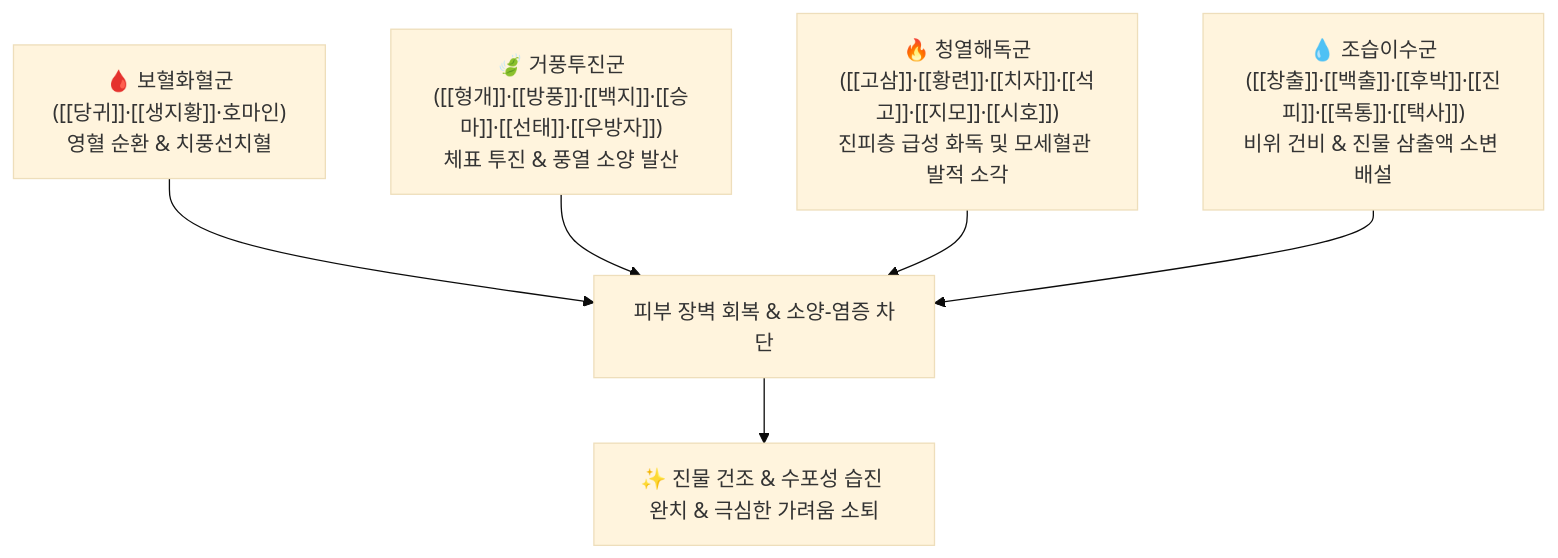
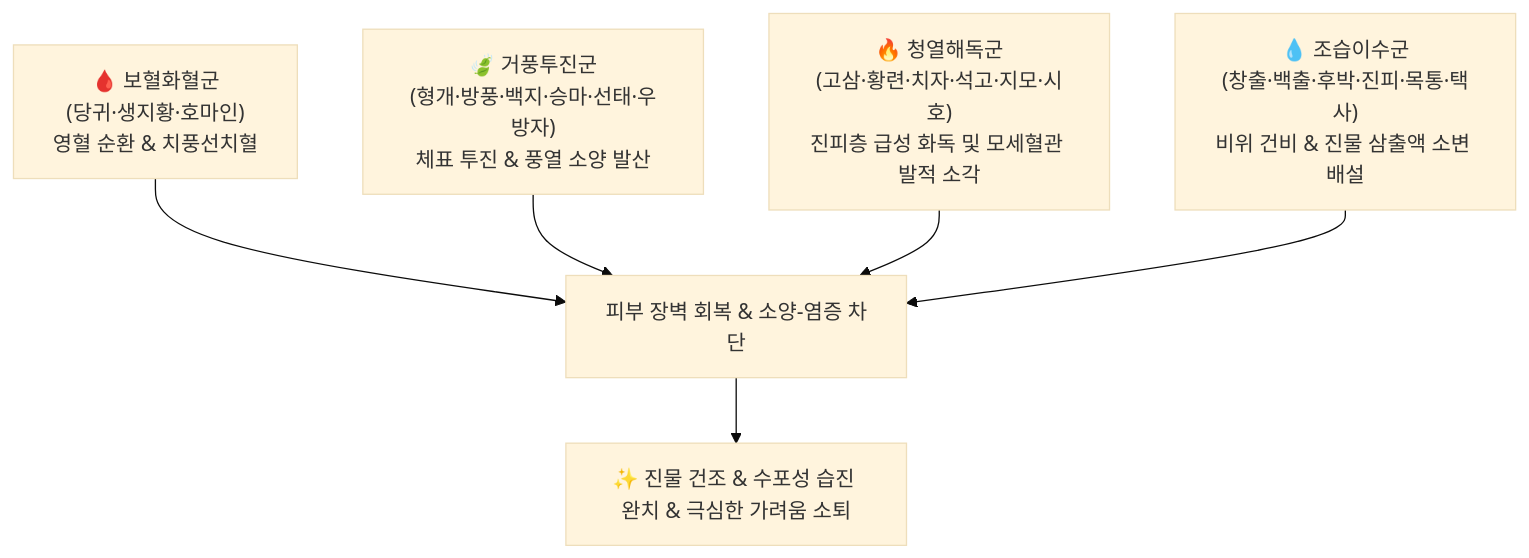
Before and after one commit to simbio11/simbio-digital-garden2: the diagram in content/2. 약리 공부/처방/03_화담·거습·이수제/청기삼습탕.md, drawn with Mermaid (base theme). The commit also changed other lines of this file and 122 other files, not shown here.

````diff
--- a/content/2. 약리 공부/처방/03_화담·거습·이수제/청기삼습탕.md
+++ b/content/2. 약리 공부/처방/03_화담·거습·이수제/청기삼습탕.md
@@ -64,8 +64,8 @@
 ```mermaid
 graph TD
-    BLOOD["🩸 보혈화혈군<br>([[당귀]]·[[생지황]]·호마인)<br>영혈 순환 & 치풍선치혈"] --> CLEAR["피부 장벽 회복 & 소양-염증 차단"]
-    WIND["🍃 거풍투진군<br>([[형개]]·[[방풍]]·[[백지]]·[[승마]]·[[선태]]·[[우방자]])<br>체표 투진 & 풍열 소양 발산"] --> CLEAR
-    FIRE["🔥 청열해독군<br>([[고삼]]·[[황련]]·[[치자]]·[[석고]]·[[지모]]·[[시호]])<br>진피층 급성 화독 및 모세혈관 발적 소각"] --> CLEAR
-    DAMP["💧 조습이수군<br>([[창출]]·[[백출]]·[[후박]]·[[진피]]·[[목통]]·[[택사]])<br>비위 건비 & 진물 삼출액 소변 배설"] --> CLEAR
+    BLOOD["🩸 보혈화혈군<br>(당귀·생지황·호마인)<br>영혈 순환 & 치풍선치혈"] --> CLEAR["피부 장벽 회복 & 소양-염증 차단"]
+    WIND["🍃 거풍투진군<br>(형개·방풍·백지·승마·선태·우방자)<br>체표 투진 & 풍열 소양 발산"] --> CLEAR
+    FIRE["🔥 청열해독군<br>(고삼·황련·치자·석고·지모·시호)<br>진피층 급성 화독 및 모세혈관 발적 소각"] --> CLEAR
+    DAMP["💧 조습이수군<br>(창출·백출·후박·진피·목통·택사)<br>비위 건비 & 진물 삼출액 소변 배설"] --> CLEAR
     CLEAR --> OUTCOME["✨ 진물 건조 & 수포성 습진 완치 & 극심한 가려움 소퇴"]
 ```
````
